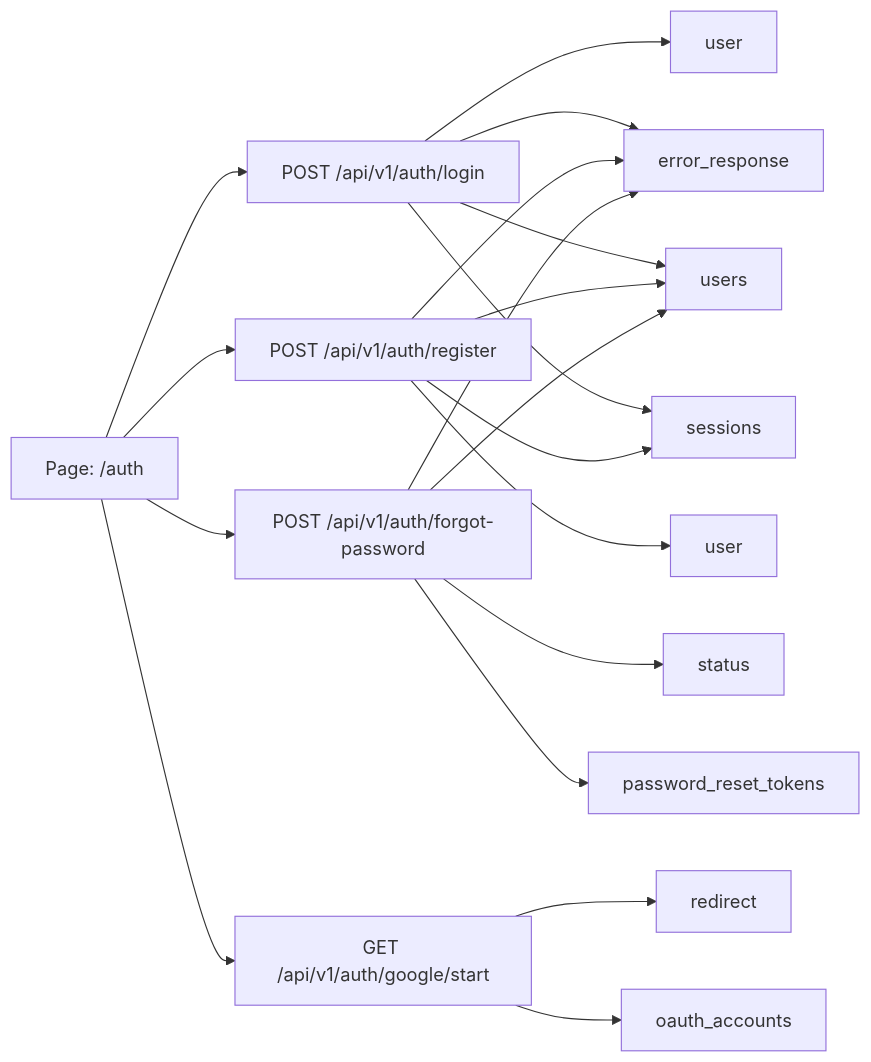
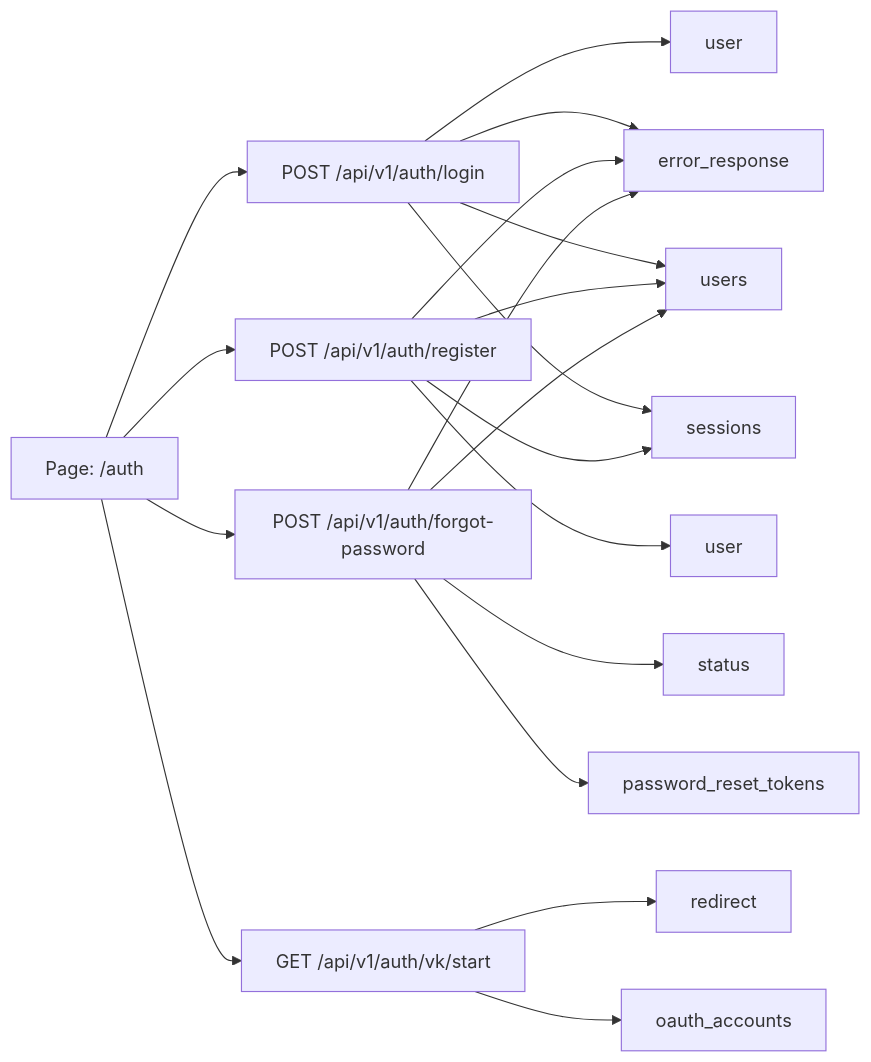
One commit to art-crazy/kartochki-online-backend changed the diagram in docs/contracts-mermaid/auth.md. Above: the diagram before and after it, drawn with Mermaid. The commit also changed 34 other files, not shown here.

````diff
--- a/docs/contracts-mermaid/auth.md
+++ b/docs/contracts-mermaid/auth.md
@@ -3,26 +3,26 @@
 ```mermaid
 flowchart LR
     P["Page: /auth"] --> A1["POST /api/v1/auth/login"]
     P --> A2["POST /api/v1/auth/register"]
     P --> A3["POST /api/v1/auth/forgot-password"]
-    P --> A4["GET /api/v1/auth/google/start"]
+    P --> A4["GET /api/v1/auth/vk/start"]
 
     A1 --> D1["user"]
     A2 --> D2["user"]
     A3 --> D3["status"]
     A1 --> D4["error_response"]
     A2 --> D4
     A3 --> D4
     A4 --> D5["redirect"]
 
     A1 --> T1["users"]
     A1 --> T2["sessions"]
 
     A2 --> T1
     A2 --> T2
 
     A3 --> T1
     A3 --> T3["password_reset_tokens"]
 
     A4 --> T4["oauth_accounts"]
 ```
````
